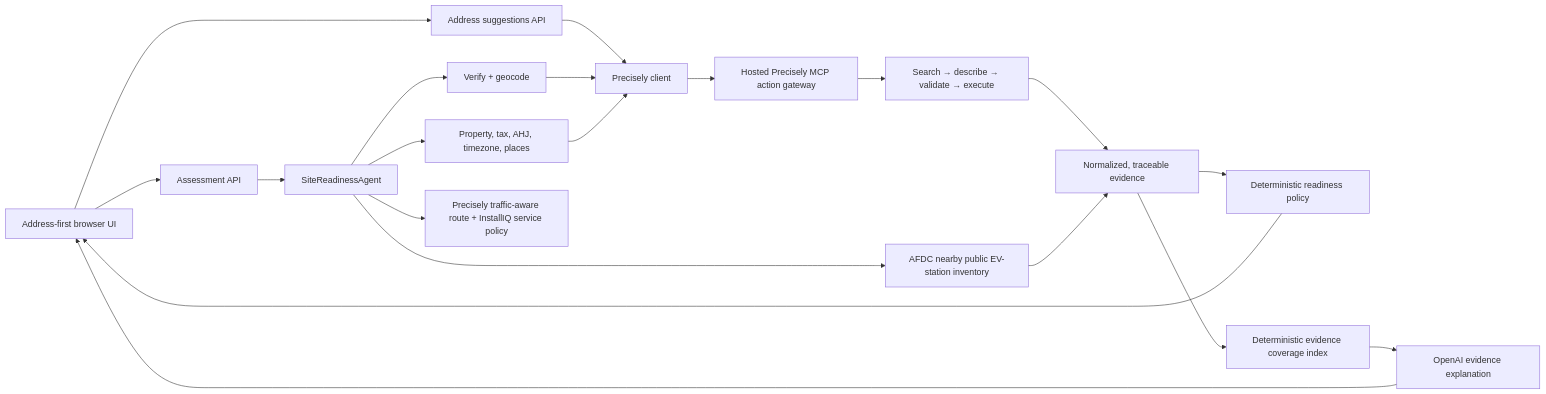
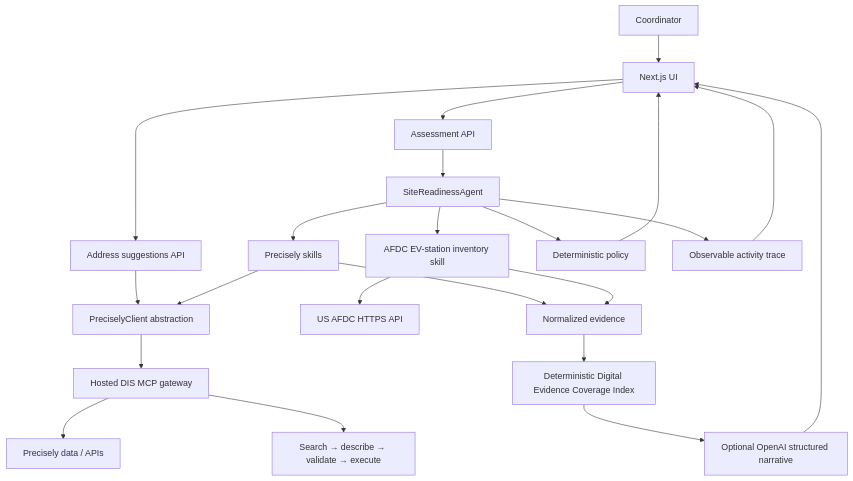
One commit to Divij10/InstallIQ changed the diagram in README.md. Above: the diagram before and after it, drawn with Mermaid. The commit also changed other lines of this file, not shown here.

Commit message:
Revise architecture section and add flowchart
Updated the architecture section with a new flowchart and clarified the roles of various components. Expanded on the hosted Data Integrity Suite MCP gateway and its integration with the application.

````diff
--- a/README.md
+++ b/README.md
@@ -17,22 +19,24 @@
 ```mermaid
-flowchart LR
-  Browser[Address-first browser UI] --> Suggest[Address suggestions API]
-  Browser --> Assessment[Assessment API]
-  Suggest --> Client[Precisely client]
-  Assessment --> Agent[SiteReadinessAgent]
-  Agent --> Address[Verify + geocode]
-  Agent --> Enrichment[Property, tax, AHJ, timezone, places]
-  Agent --> Area[Precisely traffic-aware route + InstallIQ service policy]
-  Agent --> Chargers[AFDC nearby public EV-station inventory]
-  Address --> Client
-  Enrichment --> Client
-  Client --> Gateway[Hosted Precisely MCP action gateway]
-  Gateway --> Loop[Search → describe → validate → execute]
-  Loop --> Evidence[Normalized, traceable evidence]
-  Chargers --> Evidence
-  Evidence --> Policy[Deterministic readiness policy]
-  Evidence --> Coverage[Deterministic evidence coverage index]
-  Coverage --> Narrative[OpenAI evidence explanation]
-  Policy --> Browser
-  Narrative --> Browser
+flowchart TD
+  U[Coordinator] --> UI[Next.js UI]
+  UI --> SUG[Address suggestions API]
+  UI --> API[Assessment API]
+  SUG --> C[PreciselyClient abstraction]
+  API --> A[SiteReadinessAgent]
+  A --> S[Precisely skills]
+  A --> EV[AFDC EV-station inventory skill]
+  A --> P[Deterministic policy]
+  S --> C
+  C --> M[Hosted DIS MCP gateway]
+  M --> D[Precisely data / APIs]
+  M --> L[Search → describe → validate → execute]
+  EV --> F[US AFDC HTTPS API]
+  S --> E[Normalized evidence]
+  EV --> E
+  E --> I[Deterministic Digital Evidence Coverage Index]
+  A --> T[Observable activity trace]
+  I --> N[Optional OpenAI structured narrative]
+  P --> UI
+  N --> UI
+  T --> UI
 ```
````
